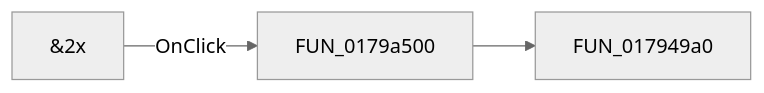
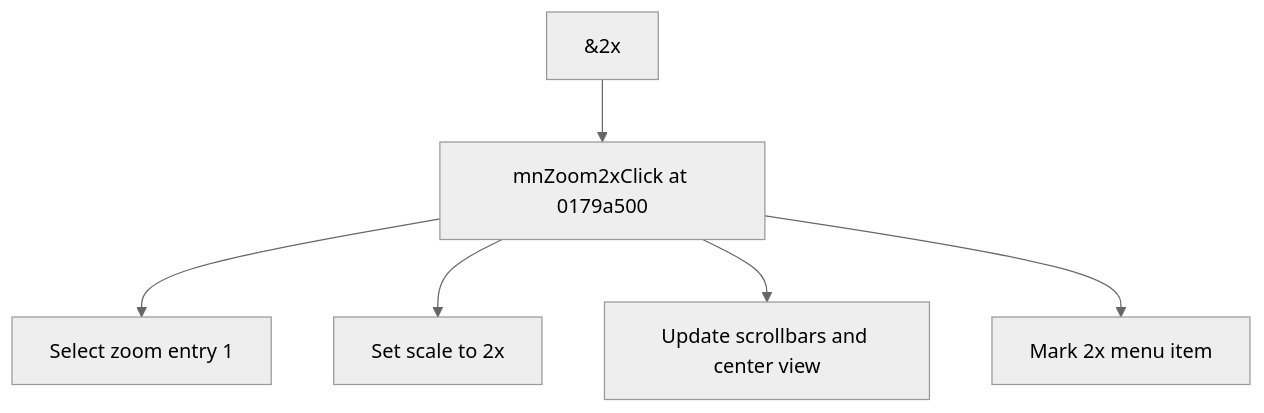
One commit to MovGP0/TIARA changed the diagram in docs/ui-controls/shapeedit/mnzoom2x-2f5d301f26.md. Above: the diagram before and after it, drawn with Mermaid (neutral theme). The commit also changed other lines of this file and 1062 other files, not shown here.

````diff
--- a/docs/ui-controls/shapeedit/mnzoom2x-2f5d301f26.md
+++ b/docs/ui-controls/shapeedit/mnzoom2x-2f5d301f26.md
@@ -27,5 +25,8 @@
 ```mermaid
-flowchart LR
-    control["&2x"] -->|OnClick| handler["FUN_0179a500"]
-    handler --> call1["FUN_017949a0"]
+flowchart TD
+    control["&2x"] --> handler["mnZoom2xClick at 0179a500"]
+    handler --> step1["Select zoom entry 1"]
+    handler --> step2["Set scale to 2x"]
+    handler --> step3["Update scrollbars and center view"]
+    handler --> step4["Mark 2x menu item"]
 ```
````
